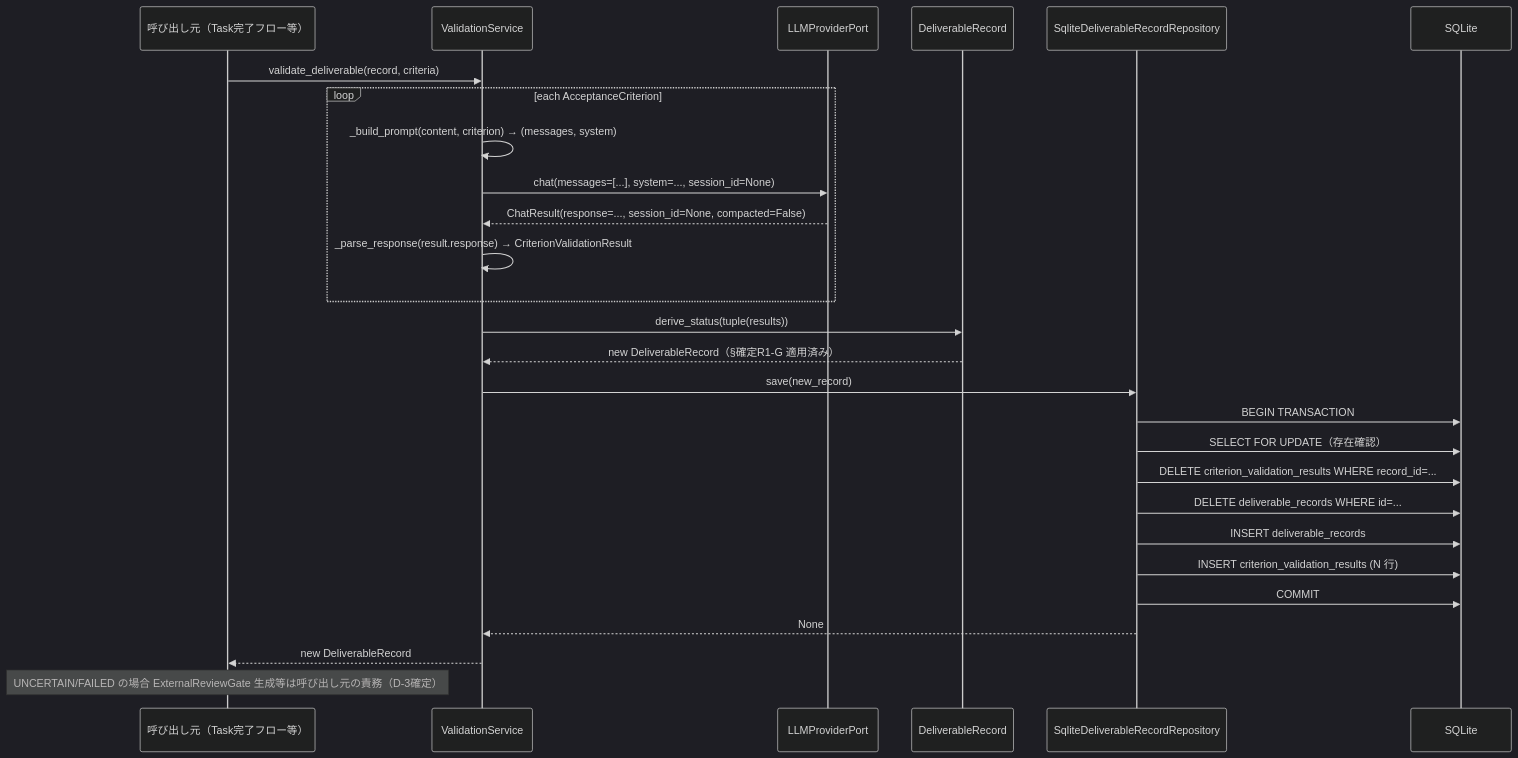
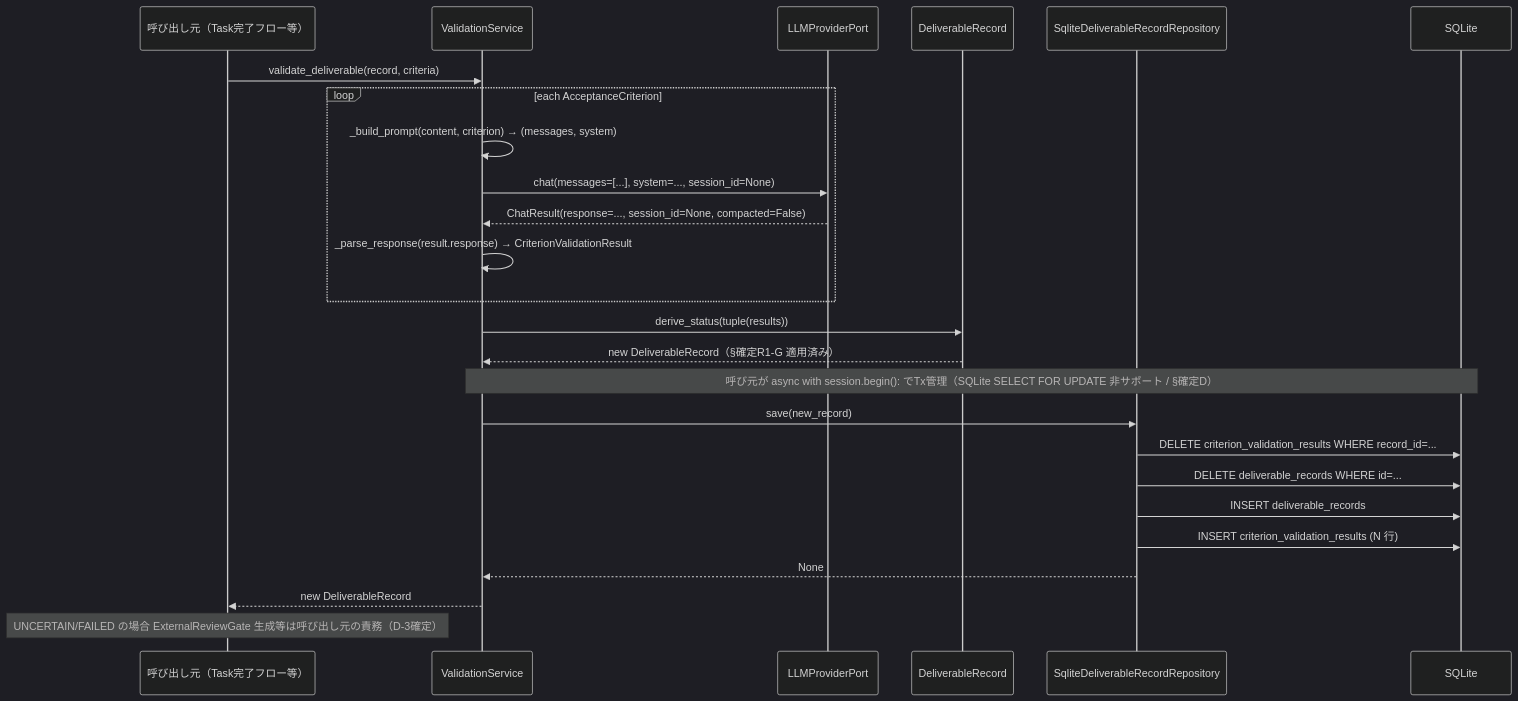
One commit to bakufu-dev/bakufu changed the second of 3 diagrams in docs/features/deliverable-template/ai-validation/basic-design.md. Above: the diagram before and after it, drawn with Mermaid (dark theme). The commit also changed other lines of this file and 3 other files, not shown here.

````diff
--- a/docs/features/deliverable-template/ai-validation/basic-design.md
+++ b/docs/features/deliverable-template/ai-validation/basic-design.md
@@ -190,30 +190,28 @@
 ```mermaid
 sequenceDiagram
     participant Client as 呼び出し元（Task完了フロー等）
     participant VS as ValidationService
     participant LLM as LLMProviderPort
     participant DR as DeliverableRecord
     participant Repo as SqliteDeliverableRecordRepository
     participant DB as SQLite
 
     Client->>VS: validate_deliverable(record, criteria)
     loop each AcceptanceCriterion
         VS->>VS: _build_prompt(content, criterion) → (messages, system)
         VS->>LLM: chat(messages=[...], system=..., session_id=None)
         LLM-->>VS: ChatResult(response=..., session_id=None, compacted=False)
         VS->>VS: _parse_response(result.response) → CriterionValidationResult
     end
     VS->>DR: derive_status(tuple(results))
     DR-->>VS: new DeliverableRecord（§確定R1-G 適用済み）
+    Note over VS,DB: 呼び元が async with session.begin(): でTx管理（SQLite SELECT FOR UPDATE 非サポート / §確定D）
     VS->>Repo: save(new_record)
-    Repo->>DB: BEGIN TRANSACTION
-    Repo->>DB: SELECT FOR UPDATE（存在確認）
     Repo->>DB: DELETE criterion_validation_results WHERE record_id=...
     Repo->>DB: DELETE deliverable_records WHERE id=...
     Repo->>DB: INSERT deliverable_records
     Repo->>DB: INSERT criterion_validation_results (N 行)
-    Repo->>DB: COMMIT
     Repo-->>VS: None
     VS-->>Client: new DeliverableRecord
     Note over Client: UNCERTAIN/FAILED の場合 ExternalReviewGate 生成等は呼び出し元の責務（D-3確定）
 ```
````
